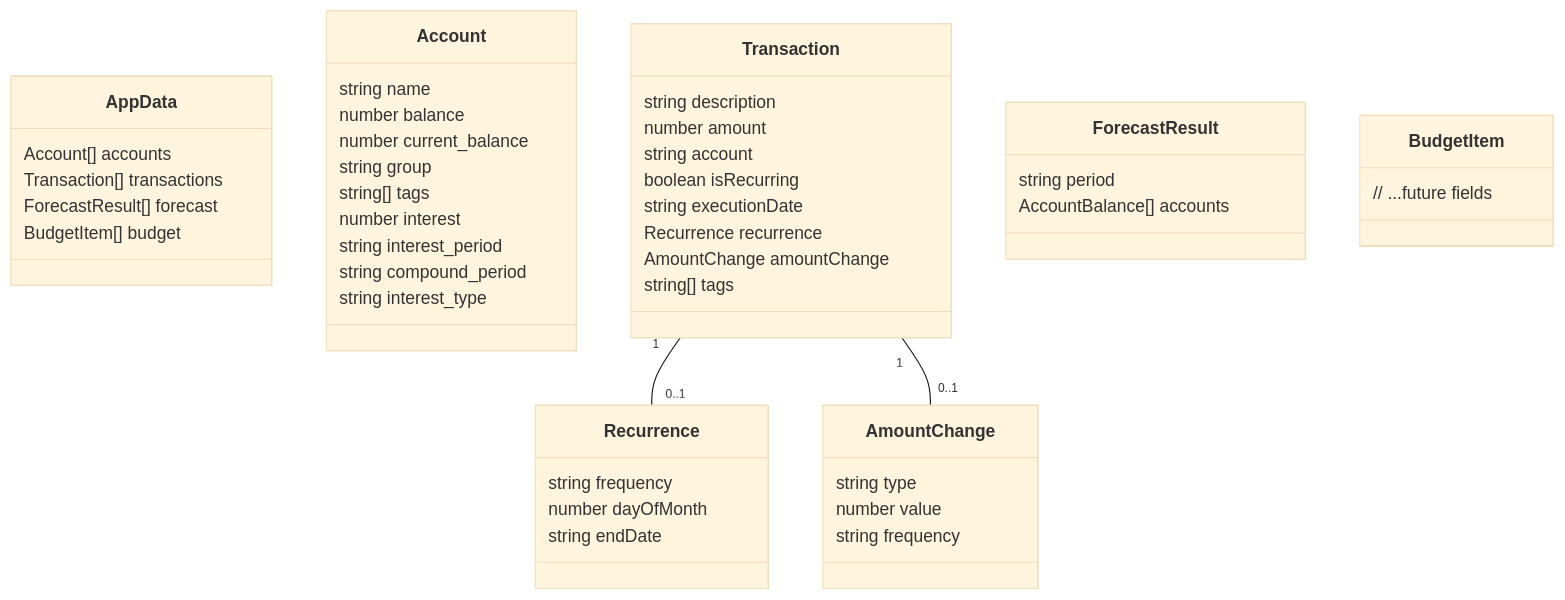
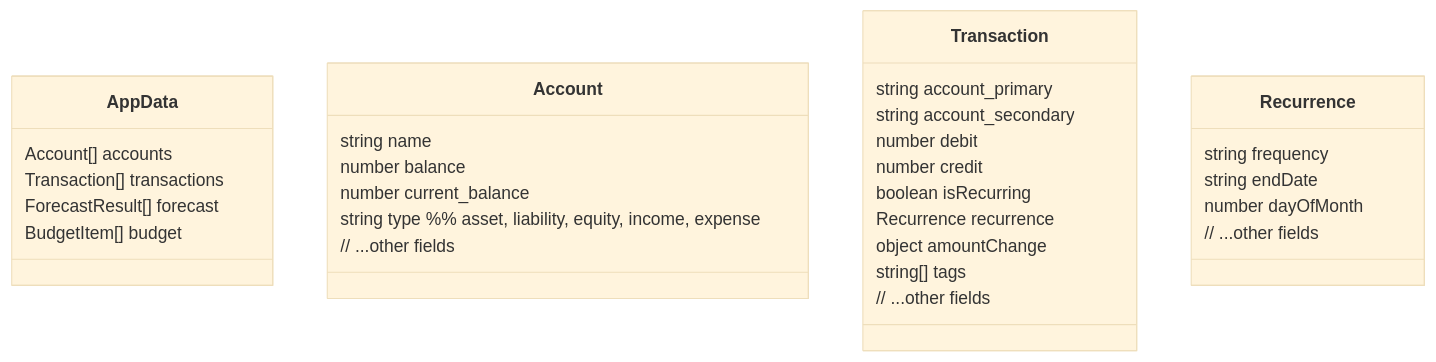
The fourth of 5 diagrams in Documentation/PROJECT_OVERVIEW.md (BicycleJeanre/ftrack), drawn with Mermaid (base theme) before and after one commit. The commit also changed other lines of this file and 5 other files, not shown here.

````diff
--- a/Documentation/PROJECT_OVERVIEW.md
+++ b/Documentation/PROJECT_OVERVIEW.md
@@ -100,50 +100,33 @@
 ```mermaid
 classDiagram
   class AppData {
     Account[] accounts
     Transaction[] transactions
     ForecastResult[] forecast
     BudgetItem[] budget
   }
   class Account {
     string name
     number balance
     number current_balance
-    string group
-    string[] tags
-    number interest
-    string interest_period
-    string compound_period
-    string interest_type
+    string type  %% asset, liability, equity, income, expense
+    // ...other fields
   }
   class Transaction {
-    string description
-    number amount
-    string account
+    string account_primary
+    string account_secondary
+    number debit
+    number credit
     boolean isRecurring
-    string executionDate
     Recurrence recurrence
-    AmountChange amountChange
+    object amountChange
     string[] tags
+    // ...other fields
   }
   class Recurrence {
     string frequency
+    string endDate
     number dayOfMonth
-    string endDate
+    // ...other fields
   }
-  class AmountChange {
-    string type
-    number value
-    string frequency
-  }
-  class ForecastResult {
-    string period
-    AccountBalance[] accounts
-  }
-  class BudgetItem {
-    // ...future fields
-  }
-
-  Transaction "1" -- "0..1" Recurrence
-  Transaction "1" -- "0..1" AmountChange
 ```
````
